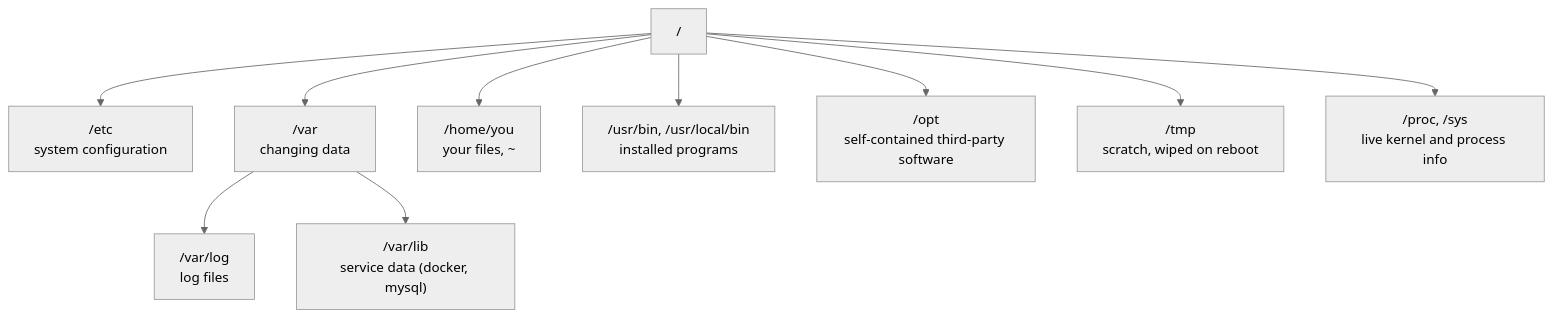
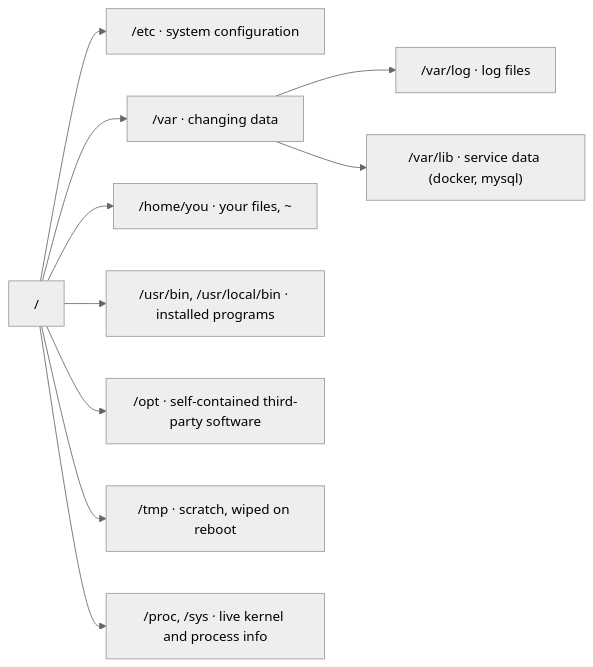
The first of 2 diagrams in _posts/2025-07-09-chapter-0-1-linux-commands.md (e-choness/portfolio-site), drawn with Mermaid (neutral theme) before and after one commit. The commit also changed other lines of this file and 22 other files, not shown here.

Commit message:
improve diagram display

````diff
--- a/_posts/2025-07-09-chapter-0-1-linux-commands.md
+++ b/_posts/2025-07-09-chapter-0-1-linux-commands.md
@@ -81,12 +81,12 @@
 ```mermaid
-flowchart TD
-  root["/"] --> etc["/etc<br/>system configuration"]
-  root --> var["/var<br/>changing data"]
-  var --> log["/var/log<br/>log files"]
-  var --> lib["/var/lib<br/>service data (docker, mysql)"]
-  root --> home["/home/you<br/>your files, ~"]
-  root --> usr["/usr/bin, /usr/local/bin<br/>installed programs"]
-  root --> opt["/opt<br/>self-contained third-party software"]
-  root --> tmp["/tmp<br/>scratch, wiped on reboot"]
-  root --> proc["/proc, /sys<br/>live kernel and process info"]
+flowchart LR
+  root["/"] --> etc["/etc · system configuration"]
+  root --> var["/var · changing data"]
+  var --> log["/var/log · log files"]
+  var --> lib["/var/lib · service data (docker, mysql)"]
+  root --> home["/home/you · your files, ~"]
+  root --> usr["/usr/bin, /usr/local/bin · installed programs"]
+  root --> opt["/opt · self-contained third-party software"]
+  root --> tmp["/tmp · scratch, wiped on reboot"]
+  root --> proc["/proc, /sys · live kernel and process info"]
 ```
````
